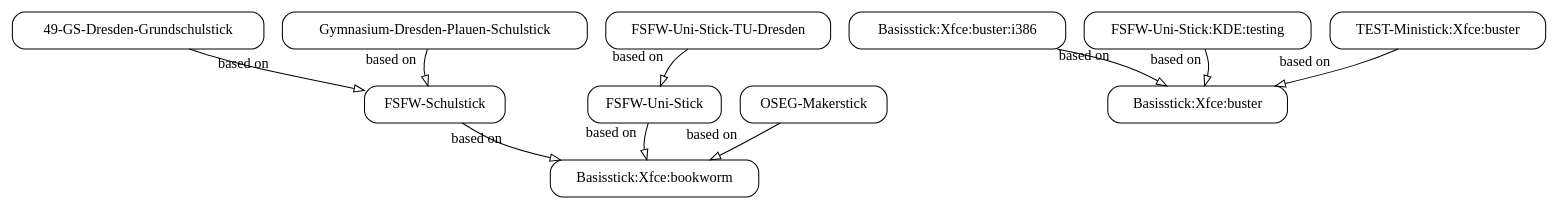
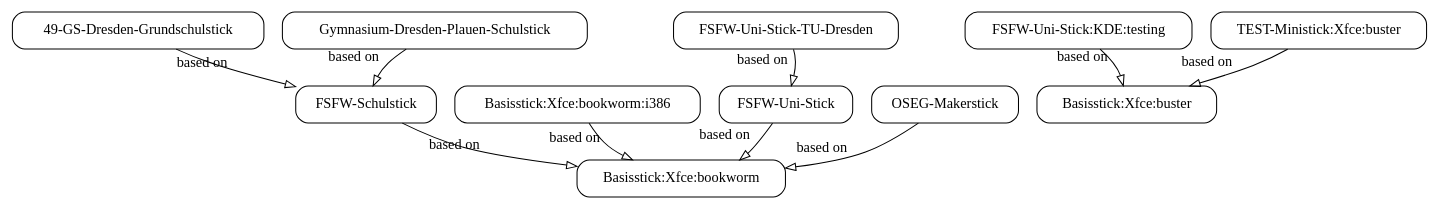
Before and after one commit to fsfw-dresden/usb-live-linux: the diagram in variants.build/features.adoc, drawn with Graphviz. The commit also changed other lines of this file and 2 other files, not shown here.

```diff
--- a/variants.build/features.adoc
+++ b/variants.build/features.adoc
@@ -53,22 +53,22 @@
 [graphviz, build-variant-inheritance.png, dot]
 -------
 digraph build_variants {
   splines=curved;
   node [
     shape = box,
     style = rounded
   ];
   edge [
     arrowhead = empty
   ];
   "49-GS-Dresden-Grundschulstick" -> "FSFW-Schulstick" [ xlabel = "based on" ];
-  "Basisstick:Xfce:buster:i386" -> "Basisstick:Xfce:buster" [ xlabel = "based on" ];
+  "Basisstick:Xfce:bookworm:i386" -> "Basisstick:Xfce:bookworm" [ xlabel = "based on" ];
   "FSFW-Schulstick" -> "Basisstick:Xfce:bookworm" [ xlabel = "based on" ];
   "FSFW-Uni-Stick" -> "Basisstick:Xfce:bookworm" [ xlabel = "based on" ];
   "FSFW-Uni-Stick:KDE:testing" -> "Basisstick:Xfce:buster" [ xlabel = "based on" ];
   "FSFW-Uni-Stick-TU-Dresden" -> "FSFW-Uni-Stick" [ xlabel = "based on" ];
   "Gymnasium-Dresden-Plauen-Schulstick" -> "FSFW-Schulstick" [ xlabel = "based on" ];
   "OSEG-Makerstick" -> "Basisstick:Xfce:bookworm" [ xlabel = "based on" ];
   "TEST-Ministick:Xfce:buster" -> "Basisstick:Xfce:buster" [ xlabel = "based on" ];
 }
 -------
```
